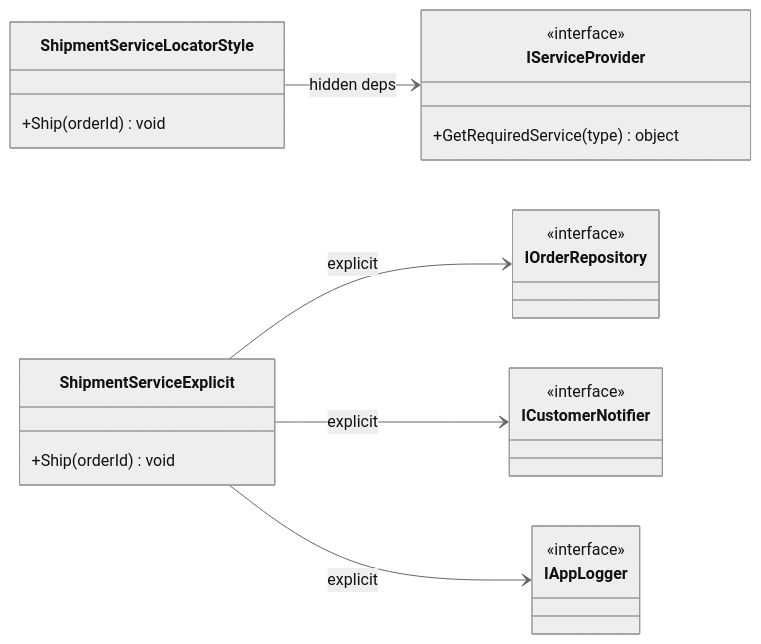
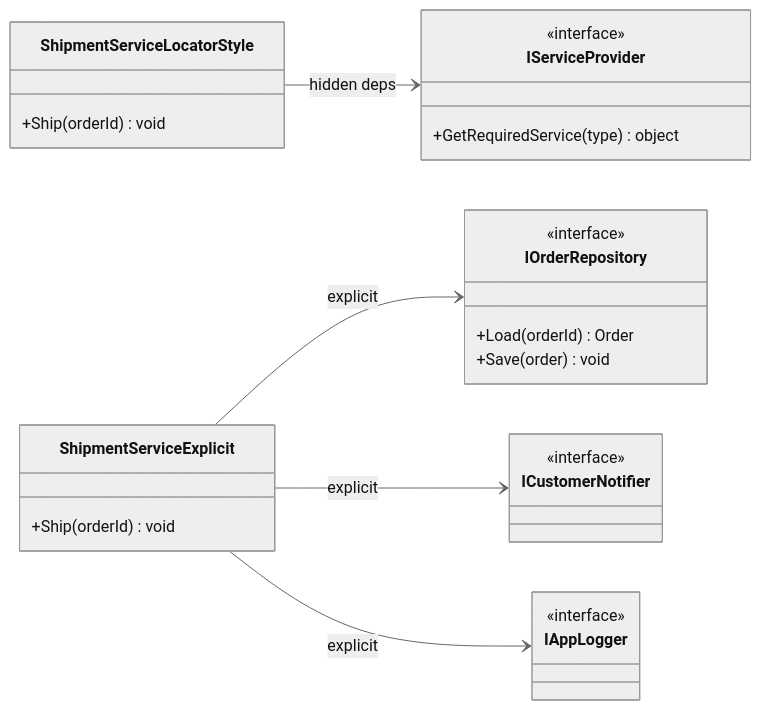
Diagram 13 of 22 in presentations/10-dependency-injection.md (jeff-adkisson/swe-4743-spring-2026-oo-design), drawn with Mermaid (neutral theme) before and after one commit. The commit also changed other lines of this file, not shown here.

First line of the commit message:
Introduces order loading to repository interface

````diff
--- a/presentations/10-dependency-injection.md
+++ b/presentations/10-dependency-injection.md
@@ -818,29 +821,31 @@
 ```mermaid
 classDiagram
 direction LR
 
 class ShipmentServiceLocatorStyle {
   +Ship(orderId) void
 }
 class IServiceProvider {
   <<interface>>
   +GetRequiredService(type) object
 }
 class ShipmentServiceExplicit {
   +Ship(orderId) void
 }
 class IOrderRepository {
   <<interface>>
+  +Load(orderId) Order
+  +Save(order) void
 }
 class ICustomerNotifier {
   <<interface>>
 }
 class IAppLogger {
   <<interface>>
 }
 
 ShipmentServiceLocatorStyle --> IServiceProvider : hidden deps
 ShipmentServiceExplicit --> IOrderRepository : explicit
 ShipmentServiceExplicit --> ICustomerNotifier : explicit
 ShipmentServiceExplicit --> IAppLogger : explicit
 ```
````
